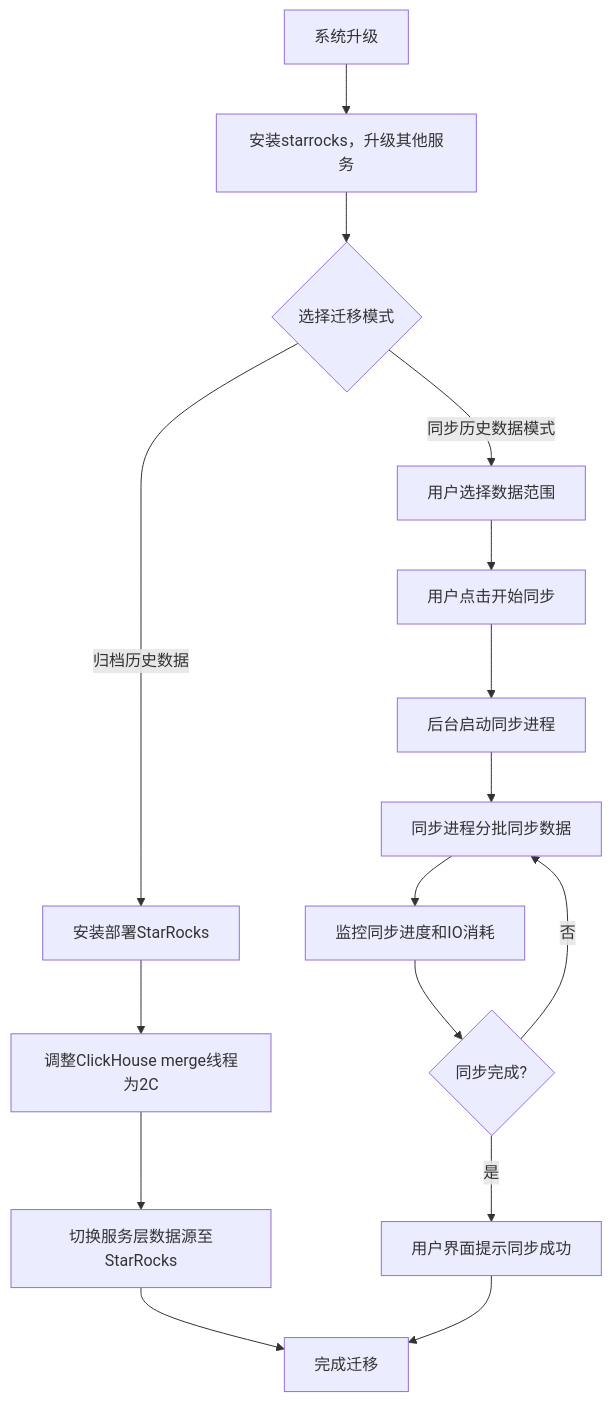
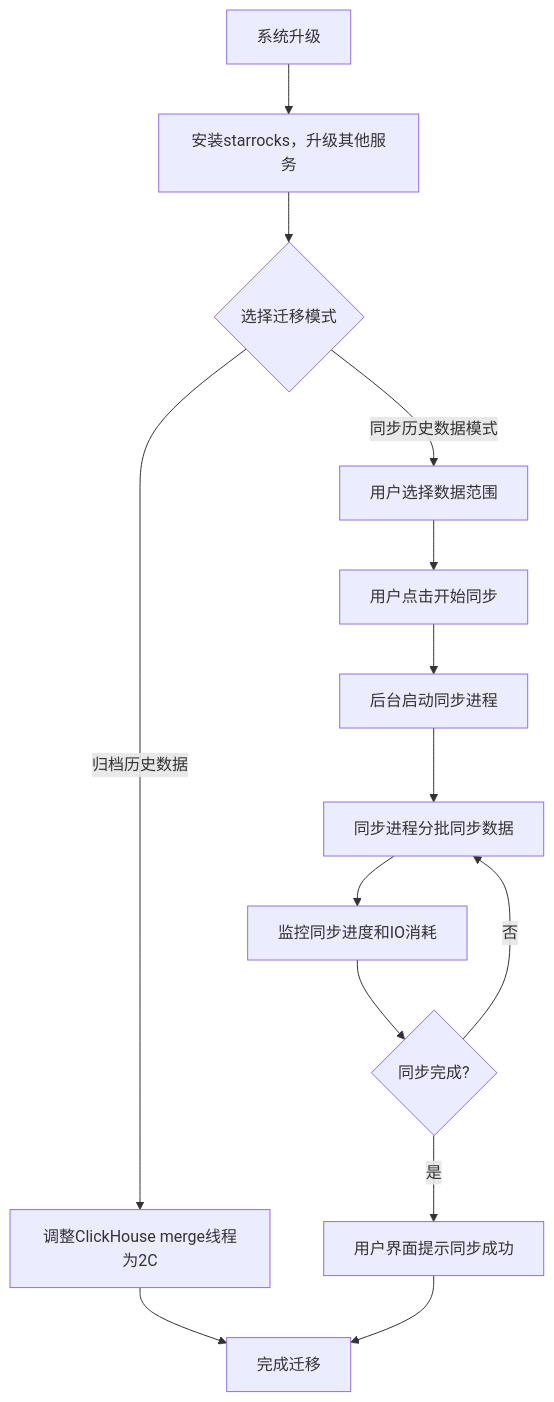
Before and after one commit to oabao/gpt_desigin: the first of 2 diagrams in Starrocks替换CK方案2.0.md, drawn with Mermaid.

````diff
--- a/Starrocks替换CK方案2.0.md
+++ b/Starrocks替换CK方案2.0.md
@@ -207,18 +207,16 @@
     ```mermaid
     graph TD
     A[系统升级] --> A1[安装starrocks，升级其他服务]
     A1 --> B{选择迁移模式}
-    B -->|归档历史数据| C[安装部署StarRocks]
-    C --> D[调整ClickHouse merge线程为2C]
-    D --> E[切换服务层数据源至StarRocks]
-    E --> F[完成迁移]
+    B -->|归档历史数据| D[调整ClickHouse merge线程为2C]
+    D --> F[完成迁移]
     B -->|同步历史数据模式| G[用户选择数据范围]
     G --> H[用户点击开始同步]
     H --> I[后台启动同步进程]
     I --> J[同步进程分批同步数据]
     J --> K[监控同步进度和IO消耗]
     K --> L{同步完成?}
     L -->|是| M[用户界面提示同步成功]
     M --> F
     L -->|否| J
     ```
````
